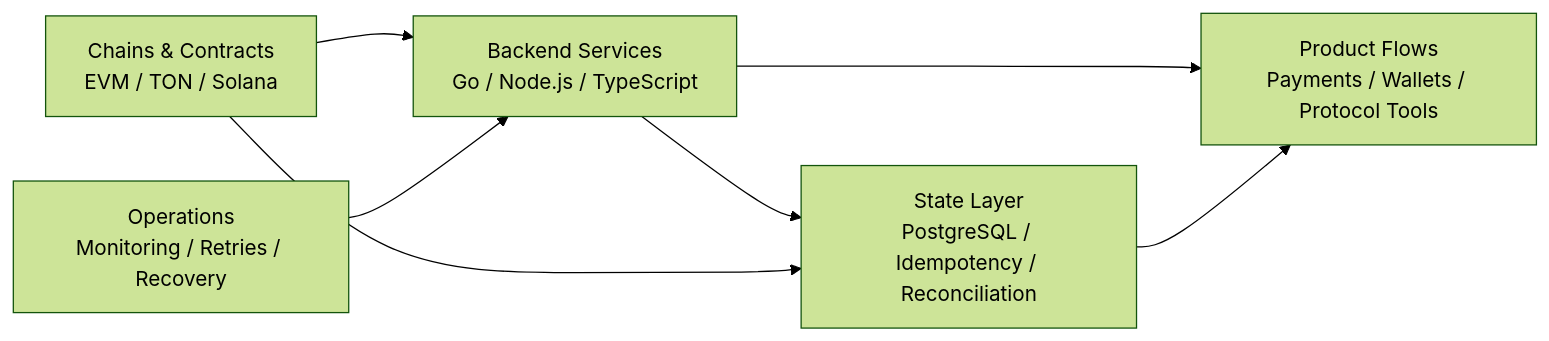
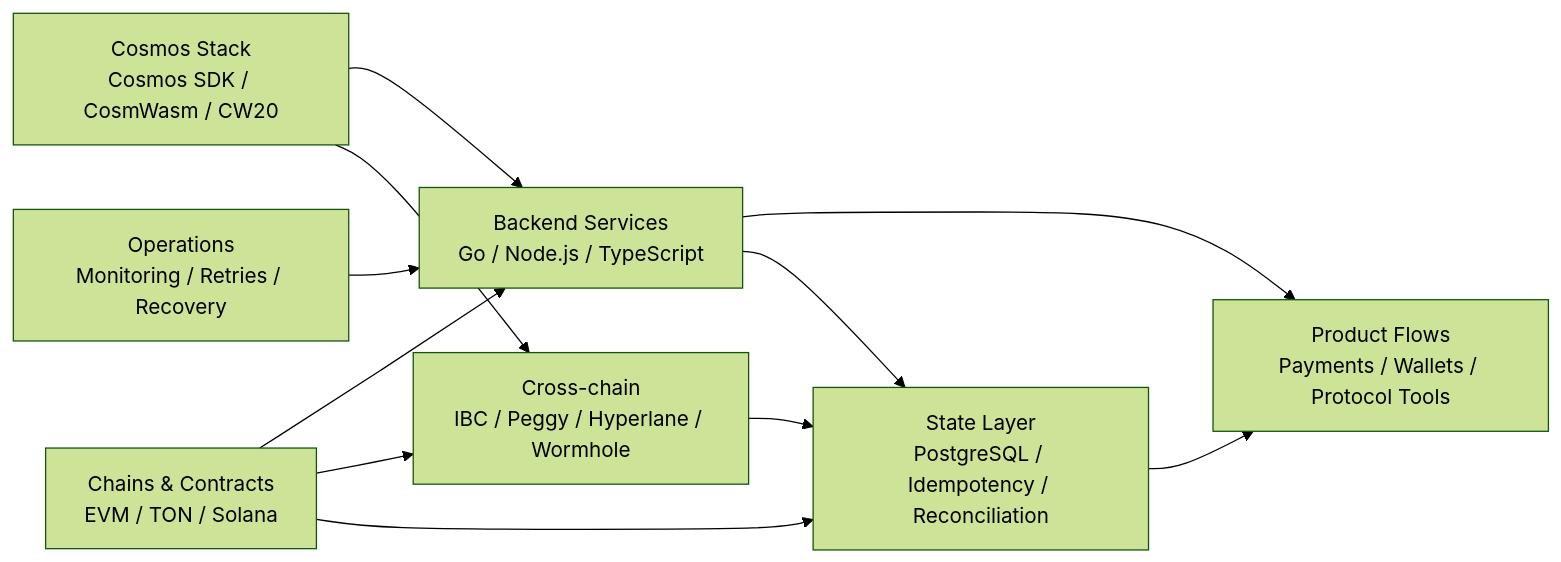
Before and after one commit to CornersOfTheCity/CornersOfTheCity: the diagram in README.md, drawn with Mermaid (forest theme). The commit also changed other lines of this file, not shown here.

````diff
--- a/README.md
+++ b/README.md
@@ -114,15 +152,21 @@
 ```mermaid
 flowchart LR
   Backend["Backend Services<br/>Go / Node.js / TypeScript"]
   State["State Layer<br/>PostgreSQL / Idempotency / Reconciliation"]
+  Cosmos["Cosmos Stack<br/>Cosmos SDK / CosmWasm / CW20"]
   Chains["Chains & Contracts<br/>EVM / TON / Solana"]
+  Bridge["Cross-chain<br/>IBC / Peggy / Hyperlane / Wormhole"]
   Products["Product Flows<br/>Payments / Wallets / Protocol Tools"]
   Ops["Operations<br/>Monitoring / Retries / Recovery"]
 
   Backend --> Products
   Backend --> State
+  Cosmos --> Backend
+  Cosmos --> Bridge
   Chains --> Backend
+  Chains --> Bridge
   Chains --> State
+  Bridge --> State
   State --> Products
   Ops --> Backend
 ```
````
